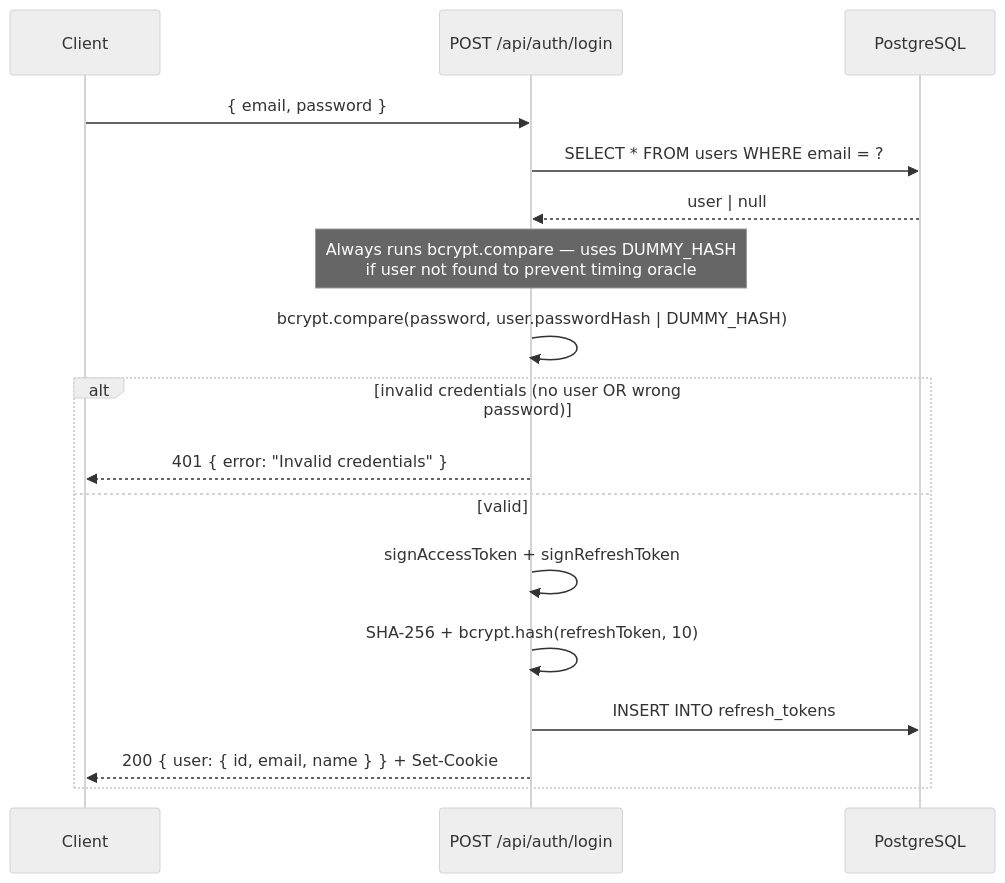
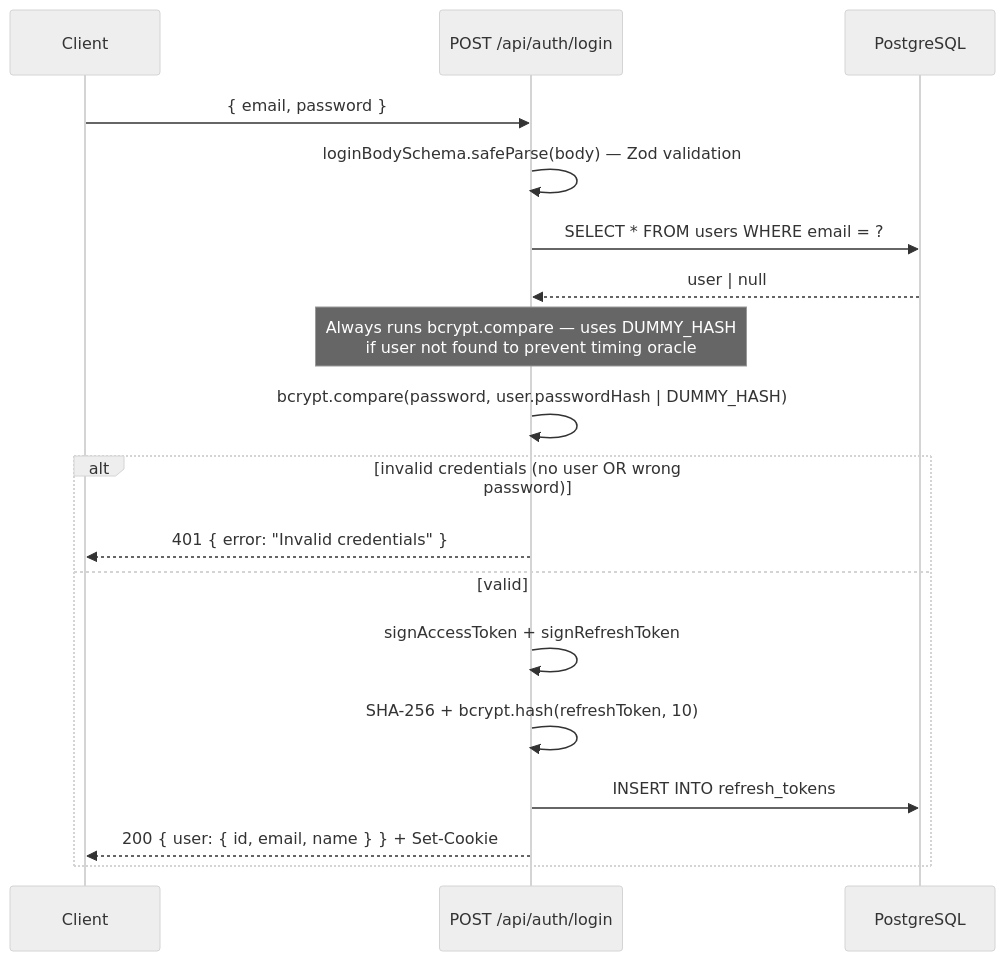
One commit to kolya-mp19/kachok-kolya changed the third of 7 diagrams in docs/auth-architecture.md. Above: the diagram before and after it, drawn with Mermaid (neutral theme). The commit also changed other lines of this file and 10 other files, not shown here.

````diff
--- a/docs/auth-architecture.md
+++ b/docs/auth-architecture.md
@@ -153,20 +153,21 @@
 ```mermaid
 sequenceDiagram
     participant C as Client
     participant S as POST /api/auth/login
     participant DB as PostgreSQL
 
     C->>S: { email, password }
+    S->>S: loginBodySchema.safeParse(body) — Zod validation
     S->>DB: SELECT * FROM users WHERE email = ?
     DB-->>S: user | null
     note over S: Always runs bcrypt.compare — uses DUMMY_HASH<br>if user not found to prevent timing oracle
     S->>S: bcrypt.compare(password, user.passwordHash | DUMMY_HASH)
     alt invalid credentials (no user OR wrong password)
         S-->>C: 401 { error: "Invalid credentials" }
     else valid
         S->>S: signAccessToken + signRefreshToken
         S->>S: SHA-256 + bcrypt.hash(refreshToken, 10)
         S->>DB: INSERT INTO refresh_tokens
         S-->>C: 200 { user: { id, email, name } } + Set-Cookie
     end
 ```
````
